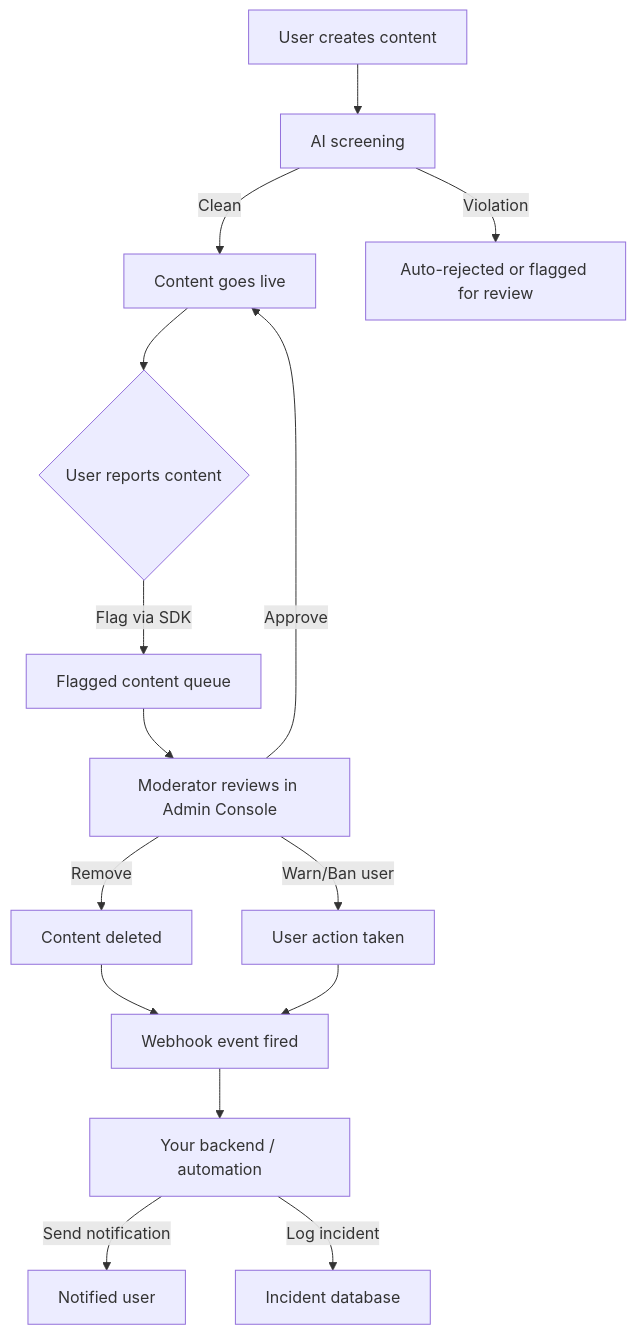
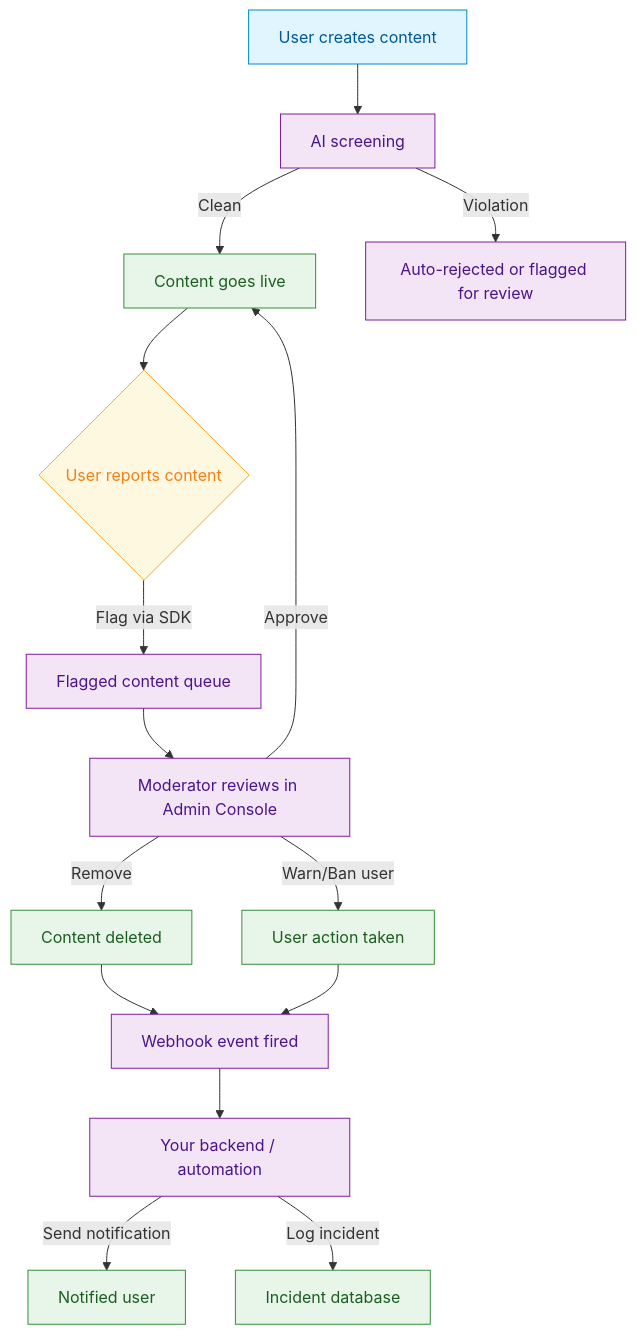
One commit to AmityCo/social-plus-docs changed the diagram in use-cases/social/content-moderation-pipeline.mdx. Above: the diagram before and after it, drawn with Mermaid. The commit also changed other lines of this file and 26 other files, not shown here.

````diff
--- a/use-cases/social/content-moderation-pipeline.mdx
+++ b/use-cases/social/content-moderation-pipeline.mdx
@@ -29,16 +27,26 @@
 ```mermaid
 graph TD
     A[User creates content] --> B[AI screening]
     B -->|Clean| C[Content goes live]
     B -->|Violation| D[Auto-rejected or flagged for review]
     C --> E{User reports content}
     E -->|Flag via SDK| F[Flagged content queue]
     F --> G[Moderator reviews in Admin Console]
     G -->|Approve| C
     G -->|Remove| H[Content deleted]
     G -->|Warn/Ban user| I[User action taken]
     H & I --> J[Webhook event fired]
     J --> K[Your backend / automation]
     K -->|Send notification| L[Notified user]
     K -->|Log incident| M[Incident database]
+
+    classDef action fill:#e1f5fe,stroke:#0288d1,color:#01579b
+    classDef decision fill:#fff8e1,stroke:#f9a825,color:#f57f17
+    classDef process fill:#f3e5f5,stroke:#7b1fa2,color:#4a148c
+    classDef outcome fill:#e8f5e9,stroke:#388e3c,color:#1b5e20
+
+    class A action
+    class E decision
+    class B,D,F,G,J,K process
+    class C,H,I,L,M outcome
 ```
````
